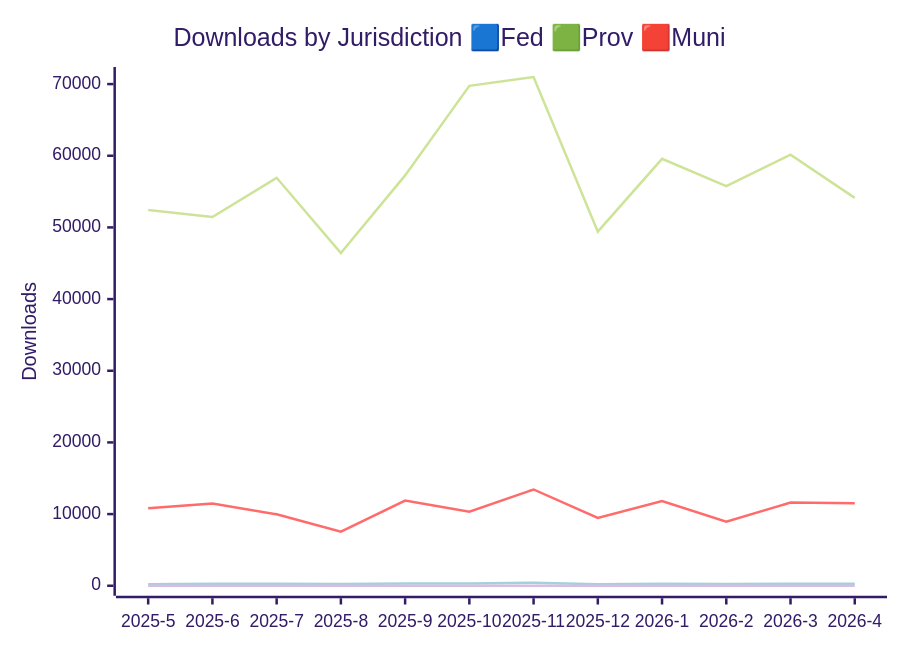
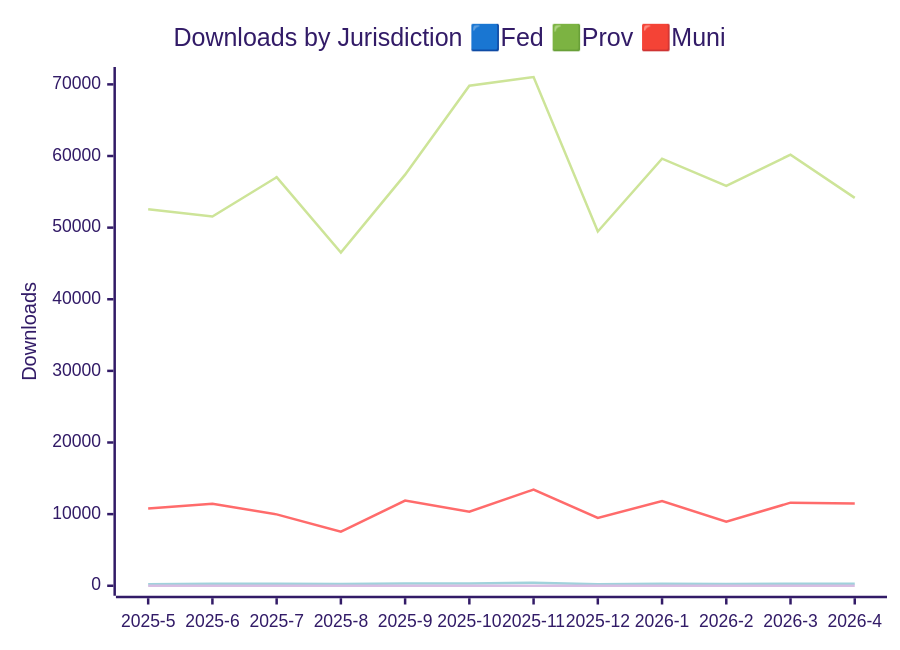
The first of 3 diagrams in JURISDICTION_ANALYTICS_REPORT/readme.md (open-data/analytics-corporate-reporting), drawn with Mermaid (forest theme) before and after one commit. The commit also changed other lines of this file and 3 other files, not shown here.

````diff
--- a/JURISDICTION_ANALYTICS_REPORT/readme.md
+++ b/JURISDICTION_ANALYTICS_REPORT/readme.md
@@ -13,11 +13,11 @@
 ```mermaid
 
 xychart-beta
     title "Downloads by Jurisdiction 🟦Fed 🟩Prov 🟥Muni"
     x-axis [2025-5, 2025-6, 2025-7, 2025-8, 2025-9, 2025-10, 2025-11, 2025-12, 2026-1, 2026-2, 2026-3, 2026-4]
-    y-axis "Downloads" 0 --> 70987
-    line [52441, 51448, 56923, 46429, 57261, 69752, 70977, 49412, 59569, 55764, 60150, 54123]
+    y-axis "Downloads" 0 --> 71030
+    line [52580, 51557, 57038, 46510, 57399, 69806, 71020, 49465, 59629, 55817, 60196, 54158]
     line [10798, 11459, 9965, 7545, 11885, 10332, 13434, 9458, 11817, 8939, 11601, 11495]
     line [212, 271, 279, 234, 305, 313, 420, 224, 270, 228, 269, 267]
     line [0, 0, 0, 0, 0, 3, 2, 17, 6, 2, 12, 1]
 ```
````
